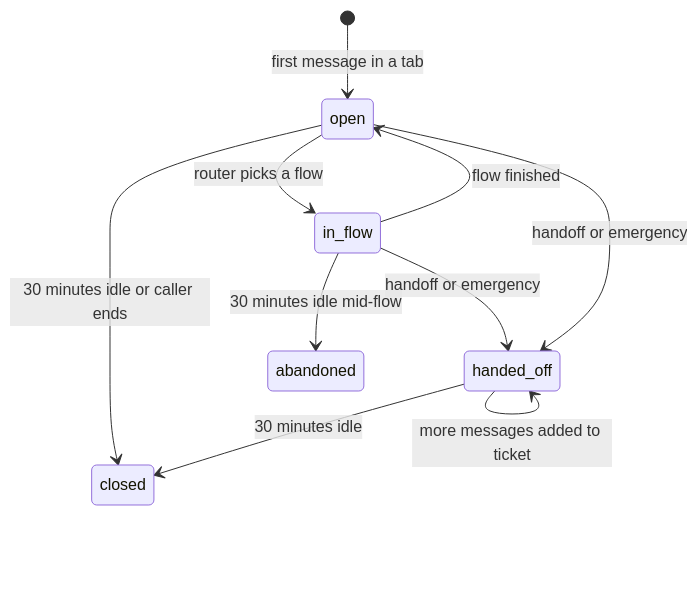
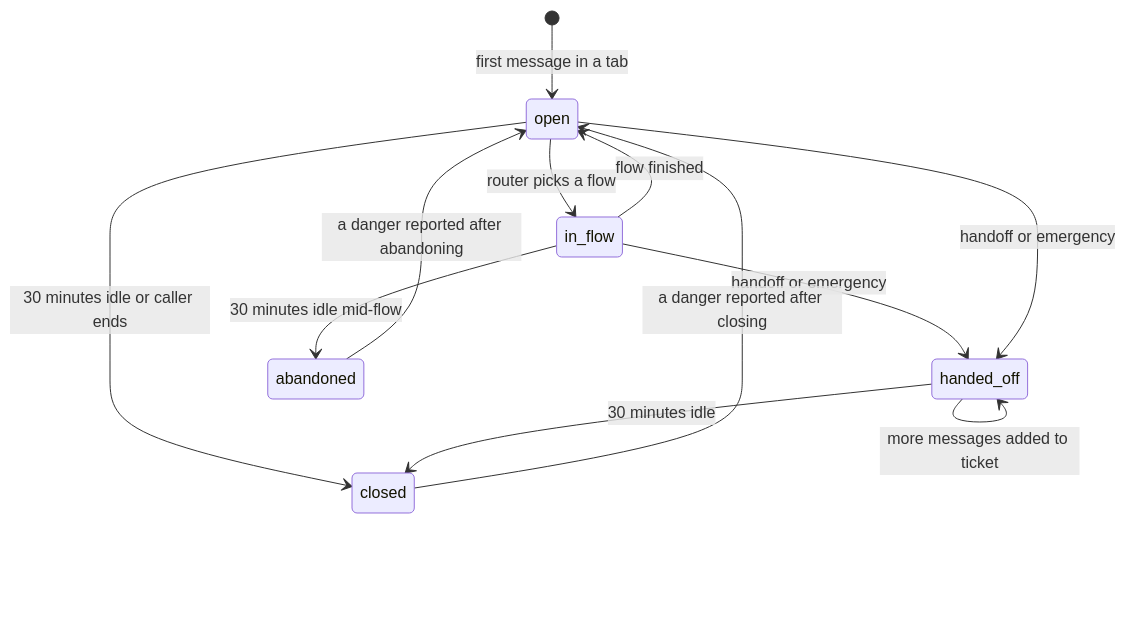
One commit to lucycchi/AI_Call_Center_Agent changed diagram 16 of 21 in docs/ARCHITECTURE.md. Above: the diagram before and after it, drawn with Mermaid. The commit also changed other lines of this file and 8 other files, not shown here.

First line of the commit message:
fix(live): a used-up network block sends another visitor's emergency to the merged ticket; IPv4-mapped addresses count by their IPv4 block; the overflow ticket is retried and capped; architecture document and stale lines brought up to date

````diff
--- a/docs/ARCHITECTURE.md
+++ b/docs/ARCHITECTURE.md
@@ -610,12 +645,14 @@
 ```mermaid
 stateDiagram-v2
     [*] --> open: first message in a tab
     open --> in_flow: router picks a flow
     in_flow --> open: flow finished
     in_flow --> handed_off: handoff or emergency
     open --> handed_off: handoff or emergency
     handed_off --> handed_off: more messages added to ticket
     open --> closed: 30 minutes idle or caller ends
     in_flow --> abandoned: 30 minutes idle mid-flow
     handed_off --> closed: 30 minutes idle
+    closed --> open: a danger reported after closing
+    abandoned --> open: a danger reported after abandoning
 ```
````
